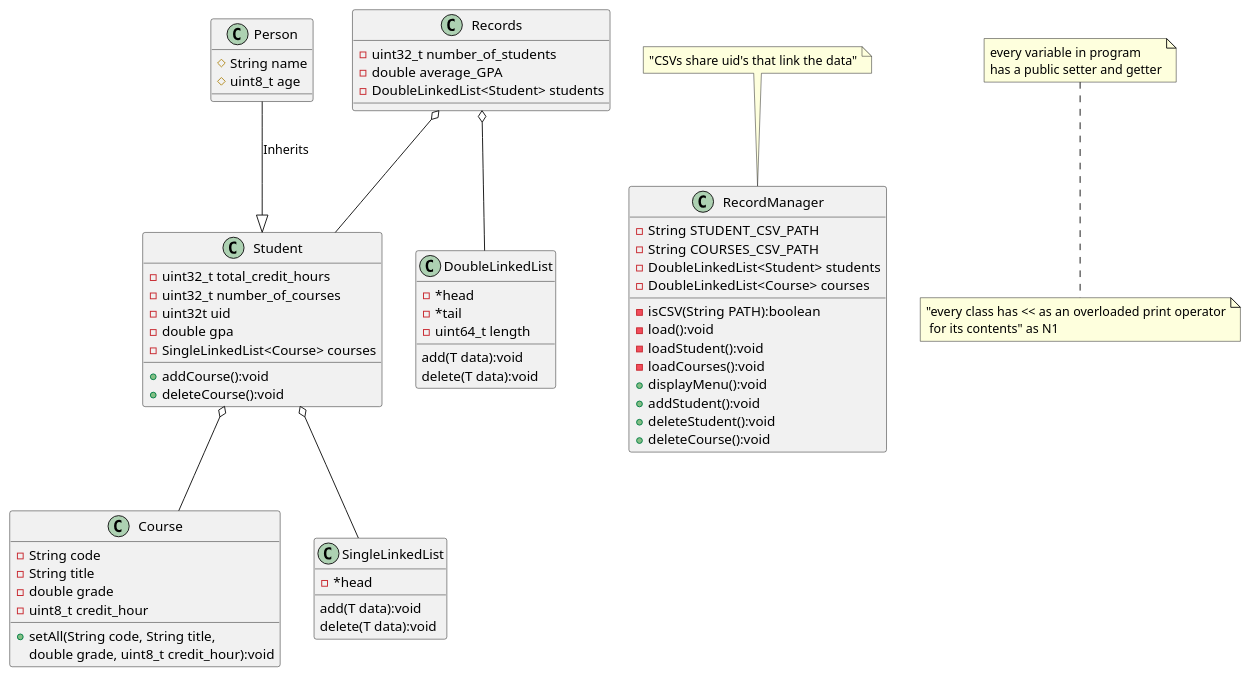
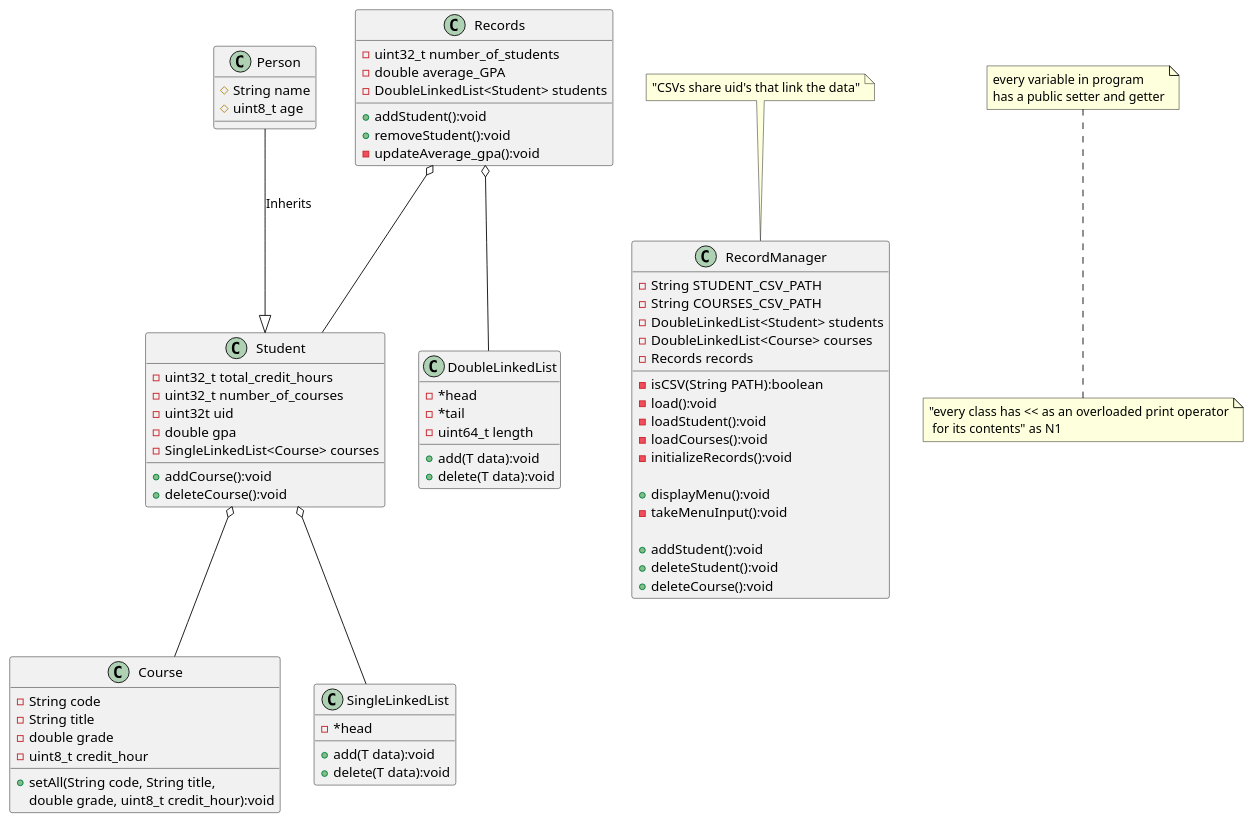
One commit to Andrew-Shepard/SimpleStudentRecordSystem changed the diagram in uml/ClassDiagram.puml. Above: the diagram before and after it, drawn with PlantUML. The commit also changed 4 other files, not shown here.

```diff
--- a/uml/ClassDiagram.puml
+++ b/uml/ClassDiagram.puml
@@ -1,72 +1,81 @@
 @startuml
 
 class Person {
     #String name
     #uint8_t age
 }
 
 class Course {
     -String code
     -String title
     -double grade
     -uint8_t credit_hour
 
     +setAll(String code, String title,
         double grade, uint8_t credit_hour):void
 }
 class SingleLinkedList{
     -*head
 
-    add(T data):void
-    delete(T data):void
+    +add(T data):void
+    +delete(T data):void
 }
 class DoubleLinkedList{
     -*head
     -*tail
     -uint64_t length
 
-    add(T data):void
-    delete(T data):void
+    +add(T data):void
+    +delete(T data):void
 
 }
 class RecordManager{
     -String STUDENT_CSV_PATH
     -String COURSES_CSV_PATH
     -DoubleLinkedList<Student> students
     -DoubleLinkedList<Course> courses
+    -Records records
 
     -isCSV(String PATH):boolean
     -load():void
     -loadStudent():void
     -loadCourses():void
+    -initializeRecords():void
+
     +displayMenu():void
+    -takeMenuInput():void
+
     +addStudent():void
     +deleteStudent():void
     +deleteCourse():void
 }
 class Student{
     -uint32_t total_credit_hours
     -uint32_t number_of_courses
     -uint32t uid
     -double gpa
     -SingleLinkedList<Course> courses
 
     +addCourse():void
     +deleteCourse():void
 }
 class Records{
     -uint32_t number_of_students
     -double average_GPA
     -DoubleLinkedList<Student> students
+
+    +addStudent():void
+    +removeStudent():void
+    -updateAverage_gpa():void
 }
 Person --|> Student : Inherits
 Student o-- SingleLinkedList
 Records o-- DoubleLinkedList
 Student o-- Course
 Records o-- Student
 
 class Person
 note "every variable in program\nhas a public setter and getter" as N2
 note bottom of N2 : "every class has << as an overloaded print operator\n for its contents" as N1
 note top of RecordManager : "CSVs share uid's that link the data"
 @enduml
```
